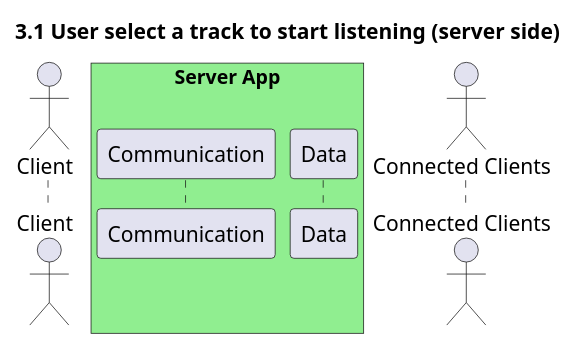
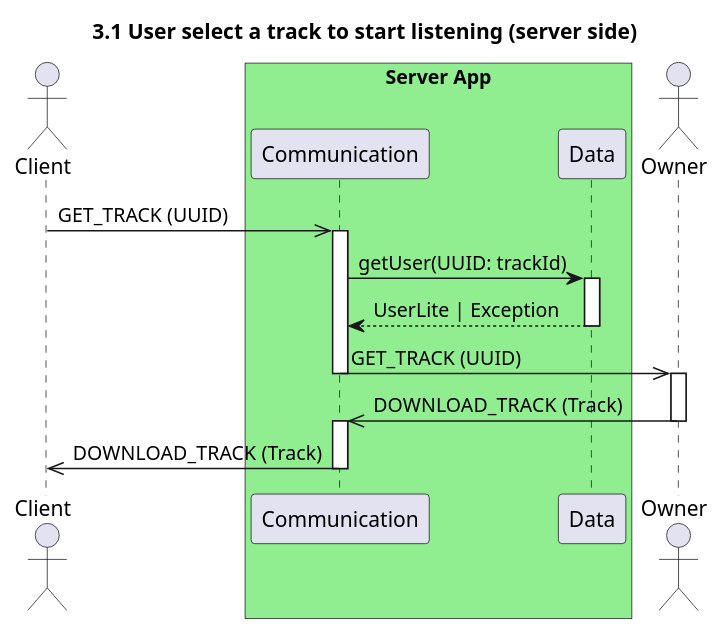
The diagram in sequence/3.1.listen_music_server.puml (UTCAI12/Diagrams), drawn with PlantUML before and after one commit. The commit also changed 2 other files, not shown here.

Commit message:
missing diagrams

```diff
--- a/sequence/3.1.listen_music_server.puml
+++ b/sequence/3.1.listen_music_server.puml
@@ -1,11 +1,31 @@
 @startuml 3.1 User select a track to start listening (server side)
 title 3.1 User select a track to start listening (server side)
 
 actor "Client" as client
 box "Server App" #LightGreen
     participant "Communication" as com
     participant "Data" as data
 end box
-actor "Connected Clients" as connected
+actor "Owner" as owner
+
+client ->> com : GET_TRACK (UUID)
+activate com
+
+com -> data : getUser(UUID: trackId)
+activate data
+
+data --> com : UserLite | Exception
+deactivate data
+
+com ->> owner : GET_TRACK (UUID)
+deactivate com
+activate owner
+
+owner ->> com : DOWNLOAD_TRACK (Track)
+deactivate owner
+activate com
+
+com ->> client : DOWNLOAD_TRACK (Track)
+deactivate com
 
 @enduml
```
